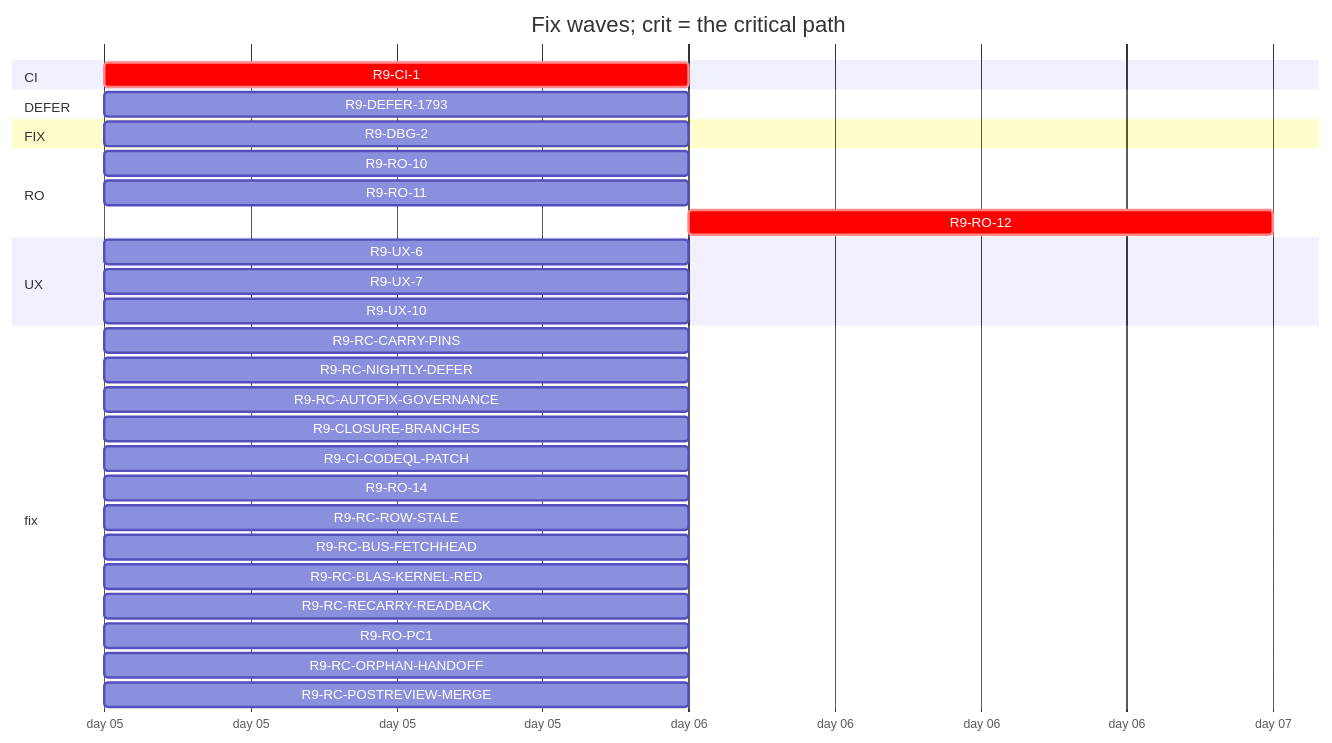
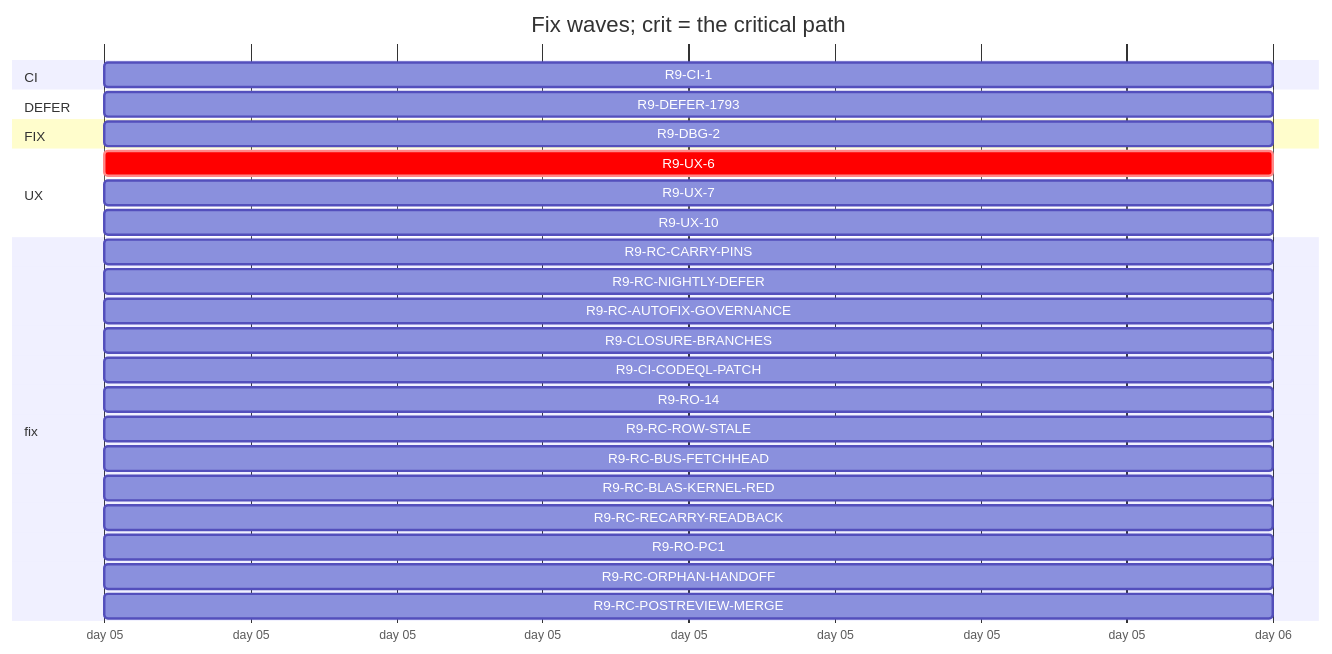
Before and after one commit to tvofi/heatpump_optimizer: the diagram in handoff/round9/state/PLAN-TABLE.md, drawn with Mermaid. The commit also changed other lines of this file and 2 other files, not shown here.

Commit message:
state: auto-beat after main d3dbf2c3fc42b87e6aad71d3de0c0885a10c750e

````diff
--- a/handoff/round9/state/PLAN-TABLE.md
+++ b/handoff/round9/state/PLAN-TABLE.md
@@ -19,34 +18,30 @@
 ```mermaid
 gantt
   title Fix waves; crit = the critical path
   dateFormat YYYY-MM-DD
   axisFormat day %d
   section CI
-    R9-CI-1 :crit, r9CI1, 2026-01-05, 1d
+    R9-CI-1 :r9CI1, 2026-01-05, 1d
   section DEFER
     R9-DEFER-1793 :r9DEFER1793, 2026-01-05, 1d
   section FIX
     R9-DBG-2 :r9DBG2, 2026-01-05, 1d
-  section RO
-    R9-RO-10 :r9RO10, 2026-01-05, 1d
-    R9-RO-11 :r9RO11, 2026-01-05, 1d
-    R9-RO-12 :crit, r9RO12, after r9CI1, 1d
   section UX
-    R9-UX-6 :r9UX6, 2026-01-05, 1d
+    R9-UX-6 :crit, r9UX6, 2026-01-05, 1d
     R9-UX-7 :r9UX7, 2026-01-05, 1d
     R9-UX-10 :r9UX10, 2026-01-05, 1d
   section fix
     R9-RC-CARRY-PINS :r9RCCARRYPINS, 2026-01-05, 1d
     R9-RC-NIGHTLY-DEFER :r9RCNIGHTLYDEFER, 2026-01-05, 1d
     R9-RC-AUTOFIX-GOVERNANCE :r9RCAUTOFIXGOVERNANCE, 2026-01-05, 1d
     R9-CLOSURE-BRANCHES :r9CLOSUREBRANCHES, 2026-01-05, 1d
     R9-CI-CODEQL-PATCH :r9CICODEQLPATCH, 2026-01-05, 1d
     R9-RO-14 :r9RO14, 2026-01-05, 1d
     R9-RC-ROW-STALE :r9RCROWSTALE, 2026-01-05, 1d
     R9-RC-BUS-FETCHHEAD :r9RCBUSFETCHHEAD, 2026-01-05, 1d
     R9-RC-BLAS-KERNEL-RED :r9RCBLASKERNELRED, 2026-01-05, 1d
     R9-RC-RECARRY-READBACK :r9RCRECARRYREADBACK, 2026-01-05, 1d
     R9-RO-PC1 :r9ROPC1, 2026-01-05, 1d
     R9-RC-ORPHAN-HANDOFF :r9RCORPHANHANDOFF, 2026-01-05, 1d
     R9-RC-POSTREVIEW-MERGE :r9RCPOSTREVIEWMERGE, 2026-01-05, 1d
 ```
````
